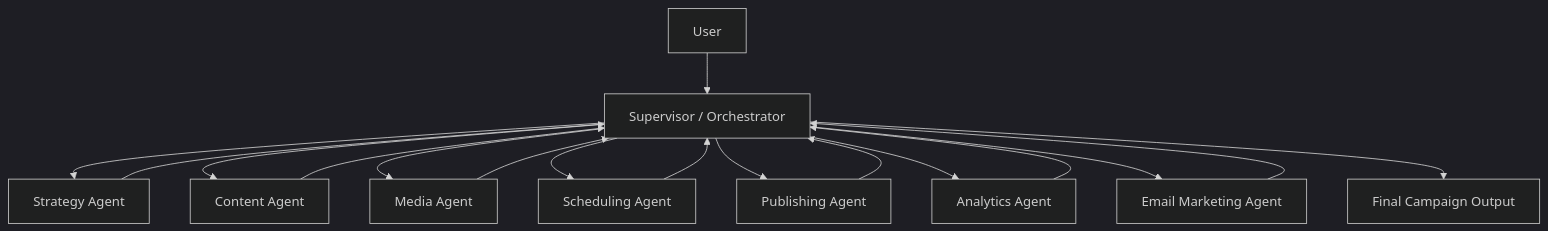
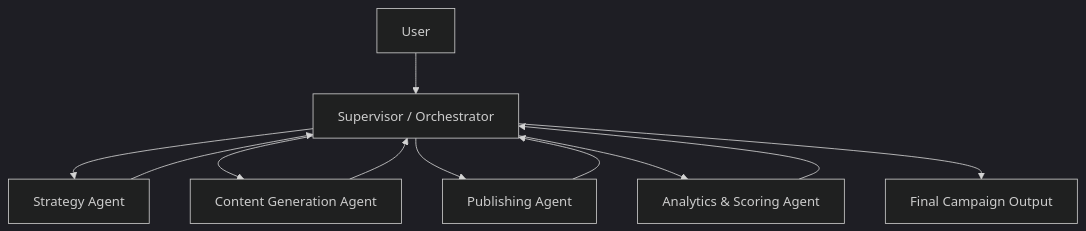
Before and after one commit to mariembel21/nova-ai-marketing-agent: the second of 8 diagrams in README.md, drawn with Mermaid (dark theme). The commit also changed other lines of this file, not shown here.

Commit message:
Refactor agent roles in orchestration flow

````diff
--- a/README.md
+++ b/README.md
@@ -49,22 +49,16 @@
 ```mermaid
 flowchart TD
   U[User] --> S[Supervisor / Orchestrator]
 
   S --> A[Strategy Agent]
-  S --> B[Content Agent]
-  S --> C[Media Agent]
-  S --> D[Scheduling Agent]
-  S --> E[Publishing Agent]
-  S --> F[Analytics Agent]
-  S --> G[Email Marketing Agent]
+  S --> B[Content Generation Agent]
+  S --> C[Publishing Agent]
+  S --> D[Analytics & Scoring Agent]
 
   A --> S
   B --> S
   C --> S
   D --> S
-  E --> S
-  F --> S
-  G --> S
 
   S --> O[Final Campaign Output]
 ```
````
